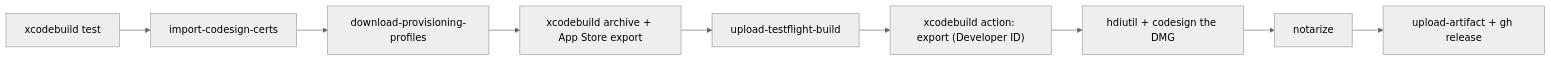
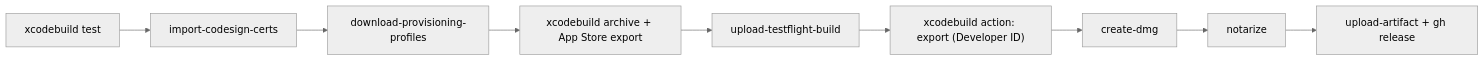
The diagram in README.md (Apple-Actions/Example-macOS), drawn with Mermaid (neutral theme) before and after one commit. The commit also changed other lines of this file and 1 other file, not shown here.

First line of the commit message:
Split test and release jobs and use create-dmg

````diff
--- a/README.md
+++ b/README.md
@@ -12,11 +12,11 @@
 ```mermaid
 flowchart LR
   test["xcodebuild test"] --> certs["import-codesign-certs"]
   certs --> profiles["download-provisioning-profiles"]
   profiles --> archive["xcodebuild archive + App Store export"]
   archive --> tf["upload-testflight-build"]
   tf --> devid["xcodebuild action: export (Developer ID)"]
-  devid --> dmg["hdiutil + codesign the DMG"]
+  devid --> dmg["create-dmg"]
   dmg --> notarize["notarize"]
   notarize --> release["upload-artifact + gh release"]
 ```
````
